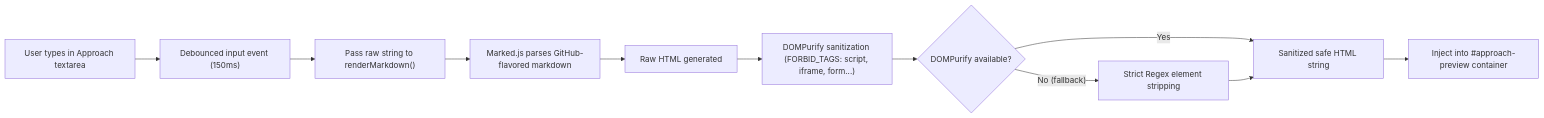
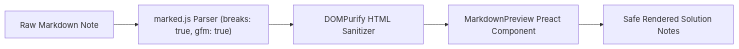
Before and after one commit to sdeanmol/algomonster-fsrs-extension: the second of 2 diagrams in docs/features/tracker.md, drawn with Mermaid. The commit also changed other lines of this file and 11 other files, not shown here.

````diff
--- a/docs/features/tracker.md
+++ b/docs/features/tracker.md
@@ -148,13 +85,7 @@
 ```mermaid
 flowchart LR
-    A["User types in Approach textarea"] --> B["Debounced input event (150ms)"]
-    B --> C["Pass raw string to renderMarkdown()"]
-    C --> D["Marked.js parses GitHub-flavored markdown"]
-    D --> E["Raw HTML generated"]
-    E --> F["DOMPurify sanitization (FORBID_TAGS: script, iframe, form...)"]
-    F --> G{"DOMPurify available?"}
-    G -- "Yes" --> H["Sanitized safe HTML string"]
-    G -- "No (fallback)" --> I["Strict Regex element stripping"]
-    I --> H
-    H --> J["Inject into #approach-preview container"]
+    A["Raw Markdown Note"] --> B["marked.js Parser (breaks: true, gfm: true)"]
+    B --> C["DOMPurify HTML Sanitizer"]
+    C --> D["MarkdownPreview Preact Component"]
+    D --> E["Safe Rendered Solution Notes"]
 ```
````
